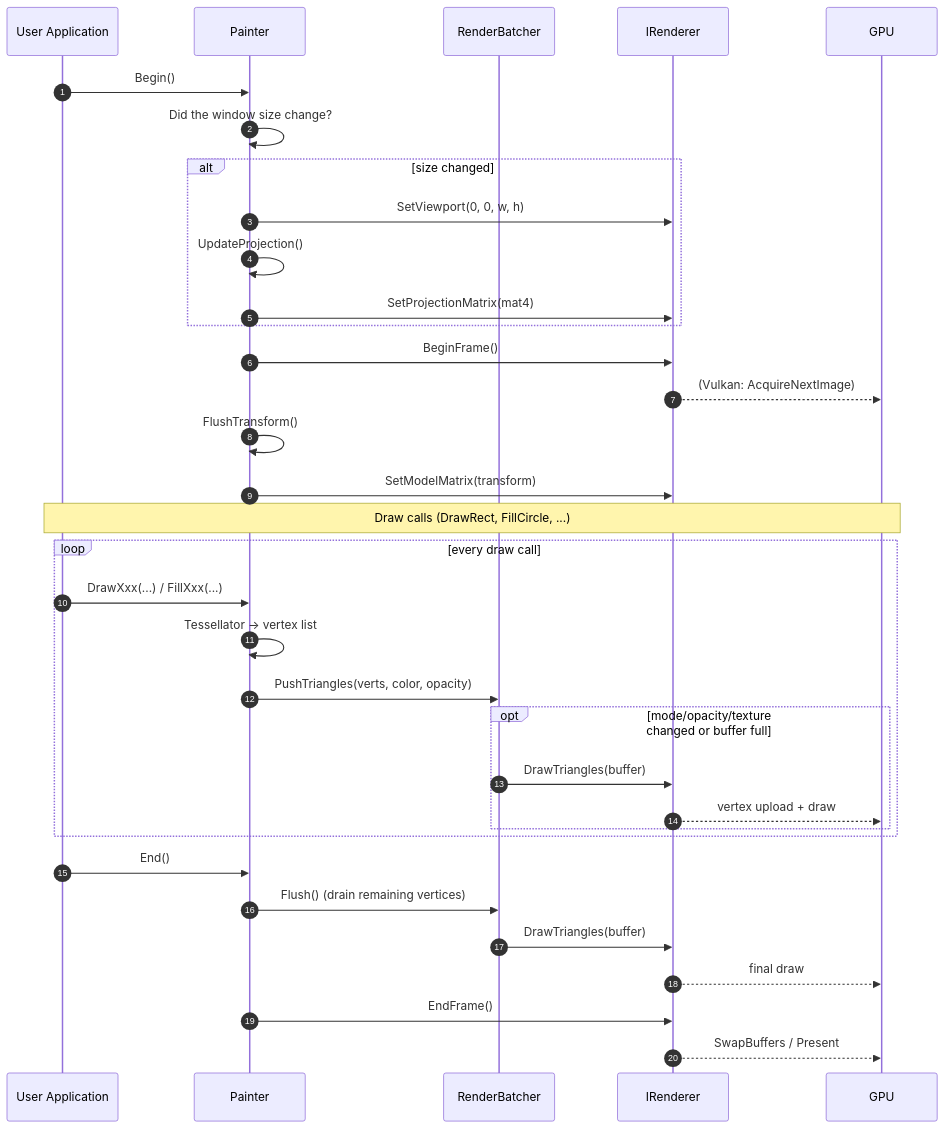
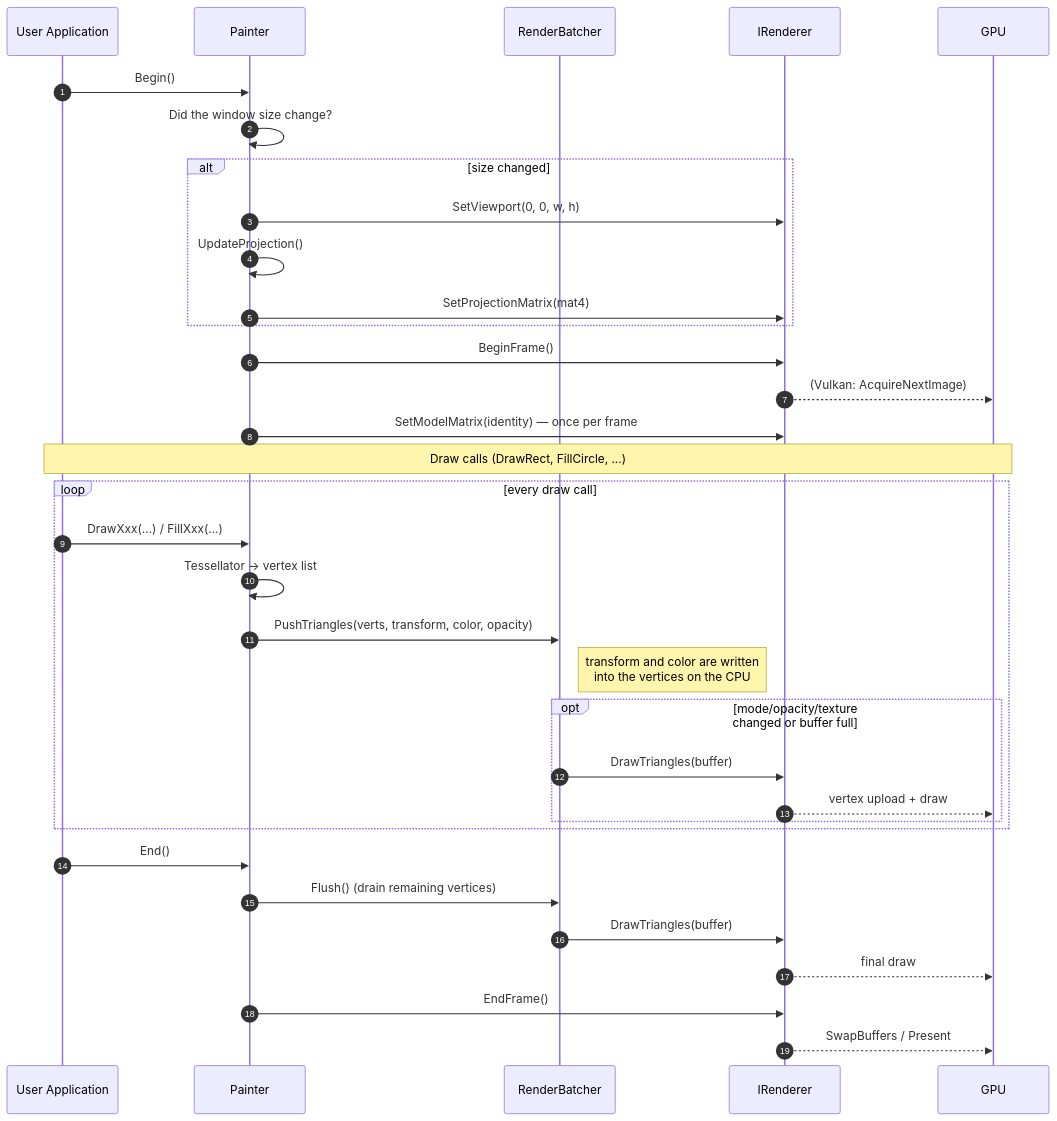
Before and after one commit to yazilimperver/sdl-painter: the first of 13 diagrams in doc/en/flows.md, drawn with Mermaid. The commit also changed other lines of this file and 10 other files, not shown here.

````diff
--- a/doc/en/flows.md
+++ b/doc/en/flows.md
@@ -16,39 +16,39 @@
 ```mermaid
 sequenceDiagram
     autonumber
     participant App as User Application
     participant P as Painter
     participant B as RenderBatcher
     participant R as IRenderer
     participant GPU
 
     App->>P: Begin()
     P->>P: Did the window size change?
     alt size changed
         P->>R: SetViewport(0, 0, w, h)
         P->>P: UpdateProjection()
         P->>R: SetProjectionMatrix(mat4)
     end
     P->>R: BeginFrame()
     R-->>GPU: (Vulkan: AcquireNextImage)
-    P->>P: FlushTransform()
-    P->>R: SetModelMatrix(transform)
+    P->>R: SetModelMatrix(identity) — once per frame
 
     Note over App,GPU: Draw calls (DrawRect, FillCircle, ...)
     loop every draw call
         App->>P: DrawXxx(...) / FillXxx(...)
         P->>P: Tessellator → vertex list
-        P->>B: PushTriangles(verts, color, opacity)
+        P->>B: PushTriangles(verts, transform, color, opacity)
+        Note right of B: transform and color are written<br/>into the vertices on the CPU
         opt mode/opacity/texture changed or buffer full
             B->>R: DrawTriangles(buffer)
             R-->>GPU: vertex upload + draw
         end
     end
 
     App->>P: End()
     P->>B: Flush() (drain remaining vertices)
     B->>R: DrawTriangles(buffer)
     R-->>GPU: final draw
     P->>R: EndFrame()
     R-->>GPU: SwapBuffers / Present
 ```
````
